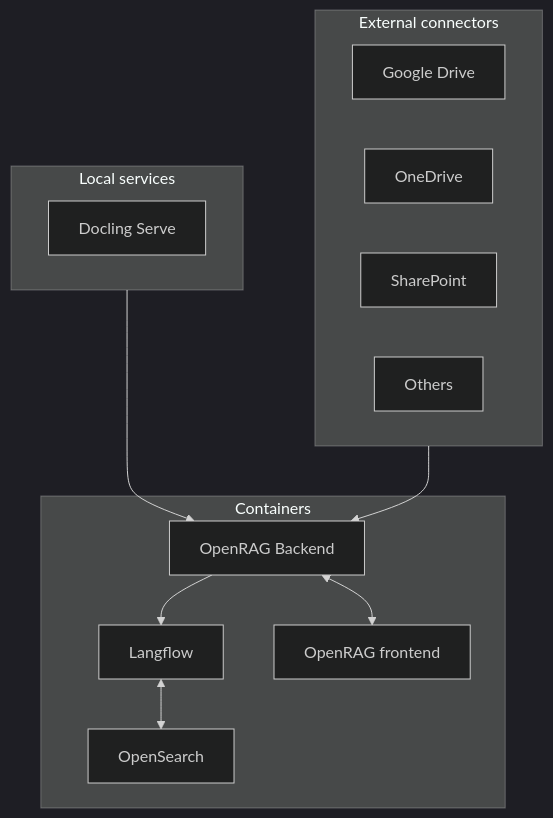
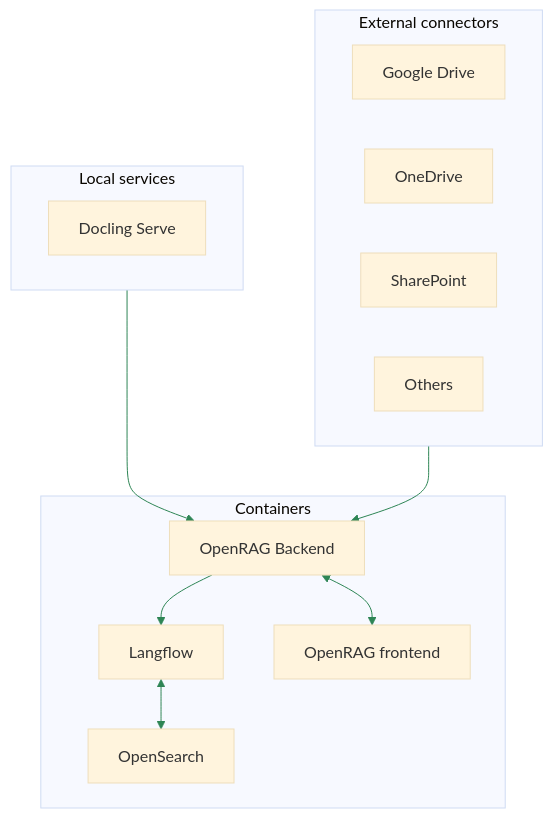
Before and after one commit to langflow-ai/openrag: the diagram in docs/docs/get-started/what-is-openrag.mdx, drawn with Mermaid.

Commit message:
specific line color from theme colors

````diff
--- a/docs/docs/get-started/what-is-openrag.mdx
+++ b/docs/docs/get-started/what-is-openrag.mdx
@@ -29,23 +29,25 @@
 ```mermaid
 ---
 config:
-  theme: 'dark'
+  theme: 'base'
+  themeVariables:
+    lineColor: '#2e8555'
 ---
 flowchart TD
     subgraph Containers
     backend[OpenRAG Backend] --> langflow[Langflow]
     langflow <--> opensearch[OpenSearch]
     backend <--> frontend[OpenRAG frontend]
     end
     subgraph local [Local services]
     docling[Docling Serve]
     end
     subgraph ext [External connectors]
     drive1[Google Drive]
     drive2[OneDrive]
     drive3[SharePoint]
     drive4[Others]
     end
     local --> backend
     ext --> backend
 ```
````
